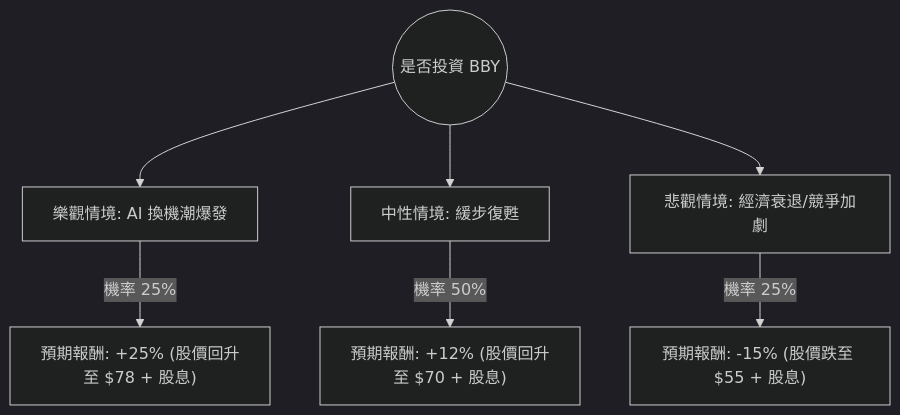
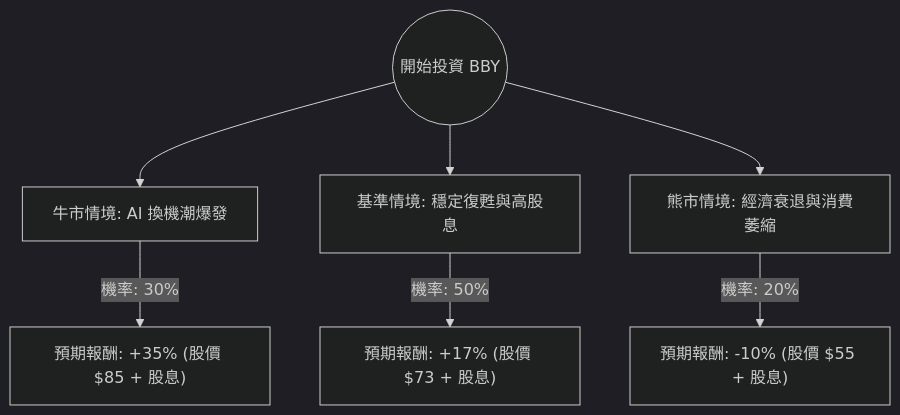
One commit to zmcx16/zmcx16.github.io changed the diagram in plugin-react/ai-analysis/ev-analysis/BBY.md. Above: the diagram before and after it, drawn with Mermaid (dark theme). The commit also changed other lines of this file and 68 other files, not shown here.

````diff
--- a/plugin-react/ai-analysis/ev-analysis/BBY.md
+++ b/plugin-react/ai-analysis/ev-analysis/BBY.md
@@ -19,10 +19,10 @@
 ```mermaid
 graph TD
-    Start((是否投資 BBY)) --> Bull[樂觀情境: AI 換機潮爆發]
-    Start --> Base[中性情境: 緩步復甦]
-    Start --> Bear[悲觀情境: 經濟衰退/競爭加劇]
+    Start((開始投資 BBY)) --> Bull[牛市情境: AI 換機潮爆發]
+    Start --> Base[基準情境: 穩定復甦與高股息]
+    Start --> Bear[熊市情境: 經濟衰退與消費萎縮]
 
-    Bull -- "機率 25%" --> BullRet["預期報酬: +25% (股價回升至 $78 + 股息)"]
-    Base -- "機率 50%" --> BaseRet["預期報酬: +12% (股價回升至 $70 + 股息)"]
-    Bear -- "機率 25%" --> BearRet["預期報酬: -15% (股價跌至 $55 + 股息)"]
+    Bull -- "機率: 30%" --> Bull_Val["預期報酬: +35% (股價 $85 + 股息)"]
+    Base -- "機率: 50%" --> Base_Val["預期報酬: +17% (股價 $73 + 股息)"]
+    Bear -- "機率: 20%" --> Bear_Val["預期報酬: -10% (股價 $55 + 股息)"]
 ```
````
